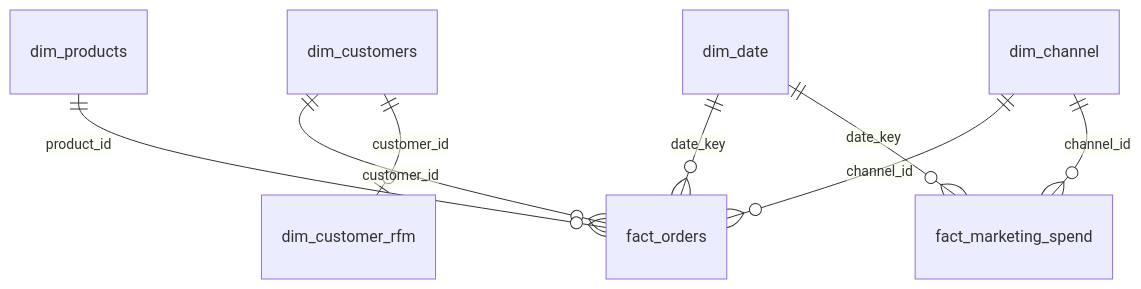
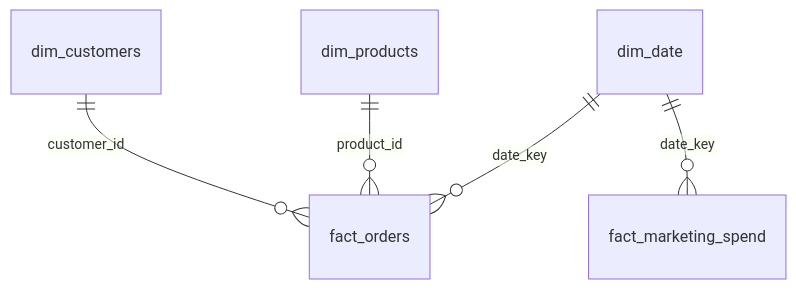
One commit to buladash/Data-Project changed the diagram in powerbi/README.md. Above: the diagram before and after it, drawn with Mermaid. The commit also changed other lines of this file, not shown here.

````diff
--- a/powerbi/README.md
+++ b/powerbi/README.md
@@ -29,10 +25,7 @@
 ```mermaid
 erDiagram
     dim_customers ||--o{ fact_orders : customer_id
     dim_products  ||--o{ fact_orders : product_id
     dim_date      ||--o{ fact_orders : date_key
-    dim_channel   ||--o{ fact_orders : channel_id
     dim_date      ||--o{ fact_marketing_spend : date_key
-    dim_channel   ||--o{ fact_marketing_spend : channel_id
-    dim_customers ||--o| dim_customer_rfm : customer_id
 ```
````
